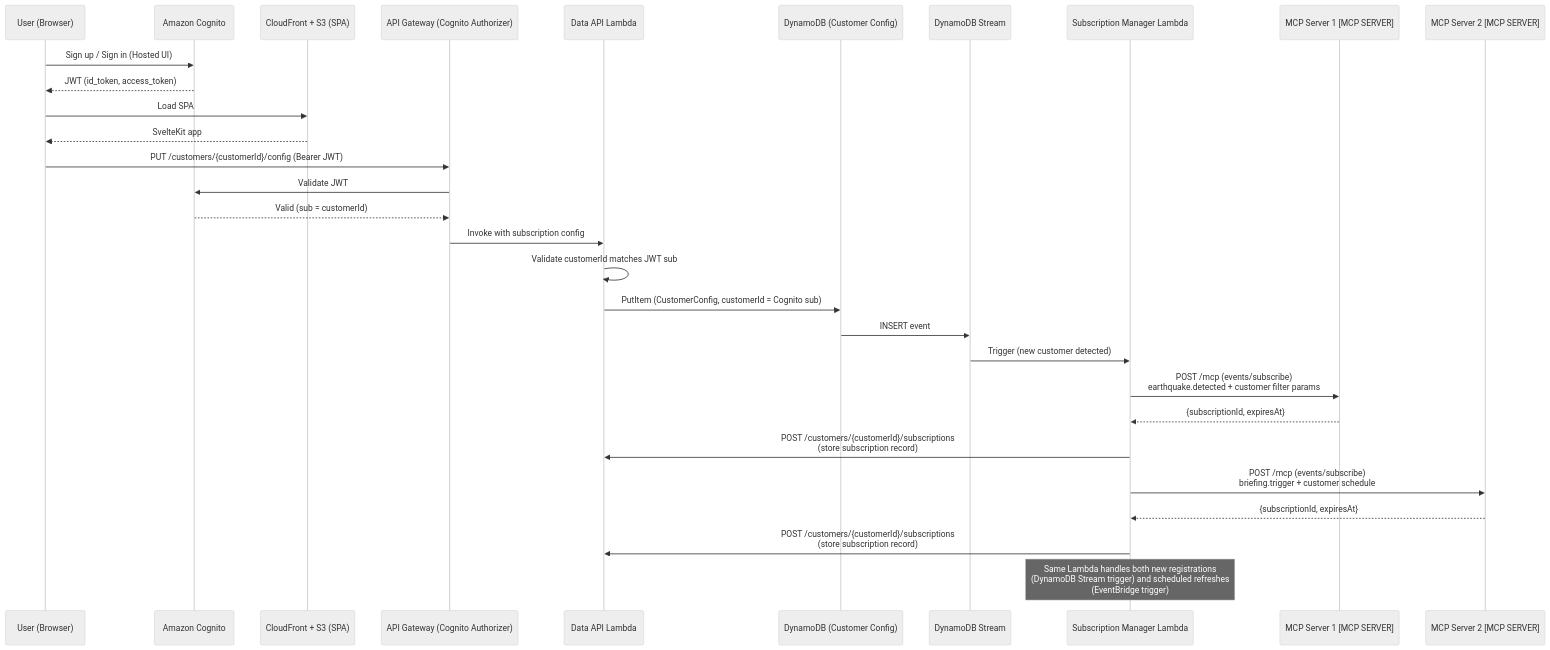
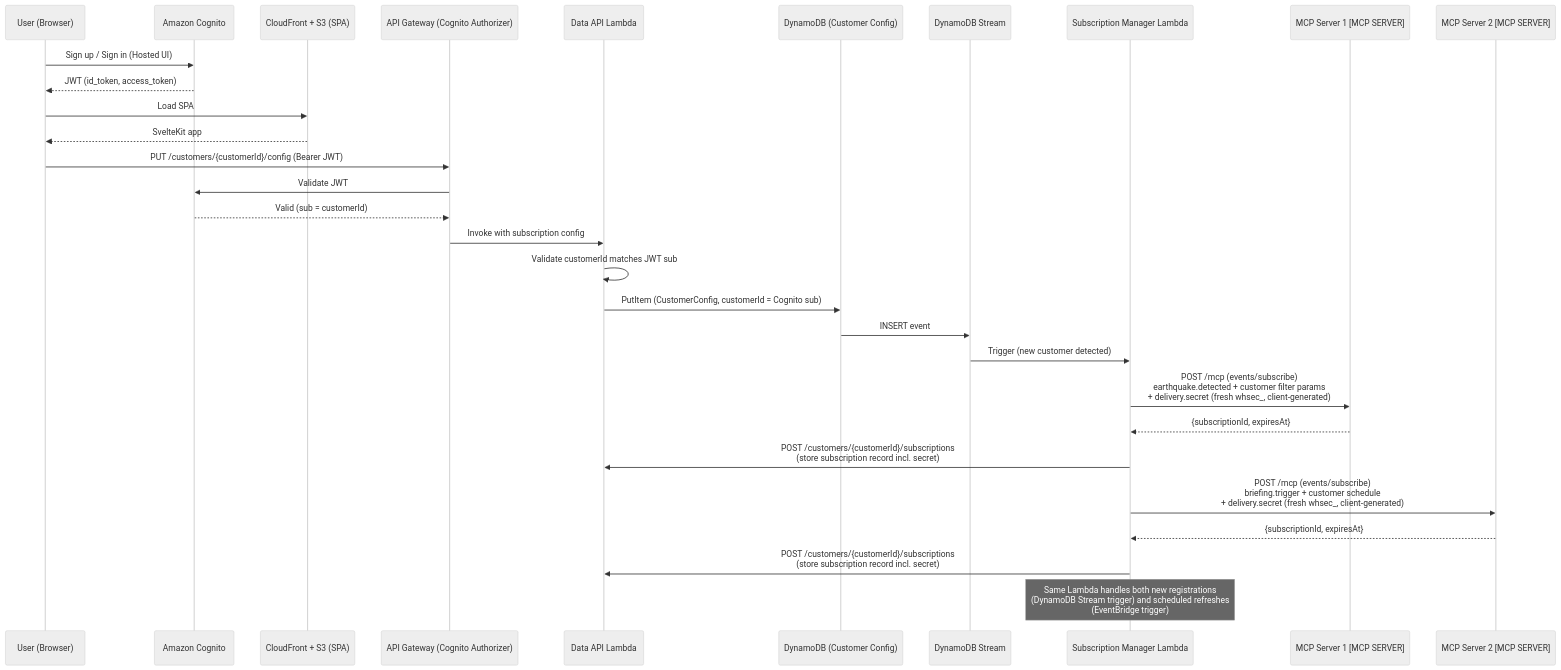
Diagram 12 of 12 in .kiro/specs/mcp-events-serverless-agent/design.md (clareliguori/mcp-triggers-events-samples), drawn with Mermaid (neutral theme) before and after one commit. The commit also changed other lines of this file and 9 other files, not shown here.

First line of the commit message:
Adopt per-subscription client-supplied webhook secrets per MCP Events spec

````diff
--- a/.kiro/specs/mcp-events-serverless-agent/design.md
+++ b/.kiro/specs/mcp-events-serverless-agent/design.md
@@ -360,36 +360,36 @@
 ```mermaid
 sequenceDiagram
     participant User as User (Browser)
     participant Cognito as Amazon Cognito
     participant CF as CloudFront + S3 (SPA)
     participant APIGW as API Gateway (Cognito Authorizer)
     participant DataAPI as Data API Lambda
     participant DDB_CFG as DynamoDB (Customer Config)
     participant Stream as DynamoDB Stream
     participant Sub as Subscription Manager Lambda
     participant MCP1 as MCP Server 1 [MCP SERVER]
     participant MCP2 as MCP Server 2 [MCP SERVER]
 
     User->>Cognito: Sign up / Sign in (Hosted UI)
     Cognito-->>User: JWT (id_token, access_token)
     User->>CF: Load SPA
     CF-->>User: SvelteKit app
     User->>APIGW: PUT /customers/{customerId}/config (Bearer JWT)
     APIGW->>Cognito: Validate JWT
     Cognito-->>APIGW: Valid (sub = customerId)
     APIGW->>DataAPI: Invoke with subscription config
     DataAPI->>DataAPI: Validate customerId matches JWT sub
     DataAPI->>DDB_CFG: PutItem (CustomerConfig, customerId = Cognito sub)
     DDB_CFG->>Stream: INSERT event
     Stream->>Sub: Trigger (new customer detected)
 
-    Sub->>MCP1: POST /mcp (events/subscribe)<br/>earthquake.detected + customer filter params
+    Sub->>MCP1: POST /mcp (events/subscribe)<br/>earthquake.detected + customer filter params<br/>+ delivery.secret (fresh whsec_, client-generated)
     MCP1-->>Sub: {subscriptionId, expiresAt}
-    Sub->>DataAPI: POST /customers/{customerId}/subscriptions<br/>(store subscription record)
+    Sub->>DataAPI: POST /customers/{customerId}/subscriptions<br/>(store subscription record incl. secret)
 
-    Sub->>MCP2: POST /mcp (events/subscribe)<br/>briefing.trigger + customer schedule
+    Sub->>MCP2: POST /mcp (events/subscribe)<br/>briefing.trigger + customer schedule<br/>+ delivery.secret (fresh whsec_, client-generated)
     MCP2-->>Sub: {subscriptionId, expiresAt}
-    Sub->>DataAPI: POST /customers/{customerId}/subscriptions<br/>(store subscription record)
+    Sub->>DataAPI: POST /customers/{customerId}/subscriptions<br/>(store subscription record incl. secret)
 
     Note over Sub: Same Lambda handles both new registrations<br/>(DynamoDB Stream trigger) and scheduled refreshes<br/>(EventBridge trigger)
 ```
````
